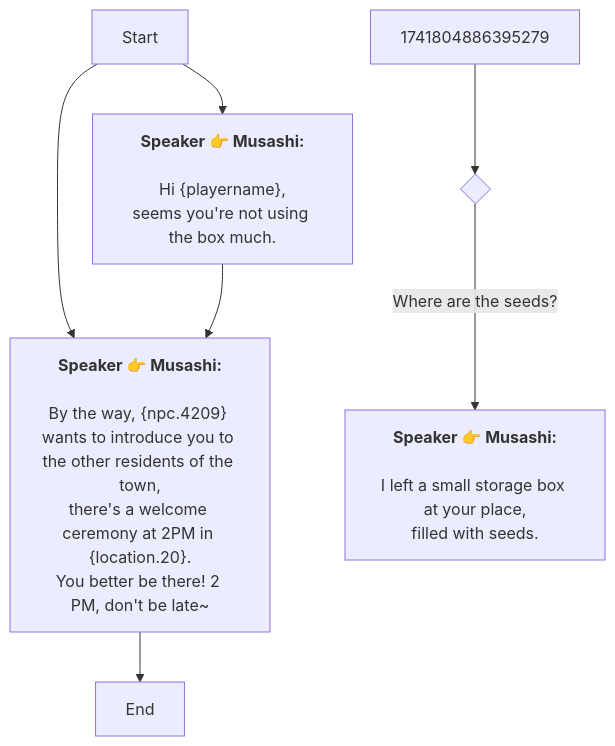
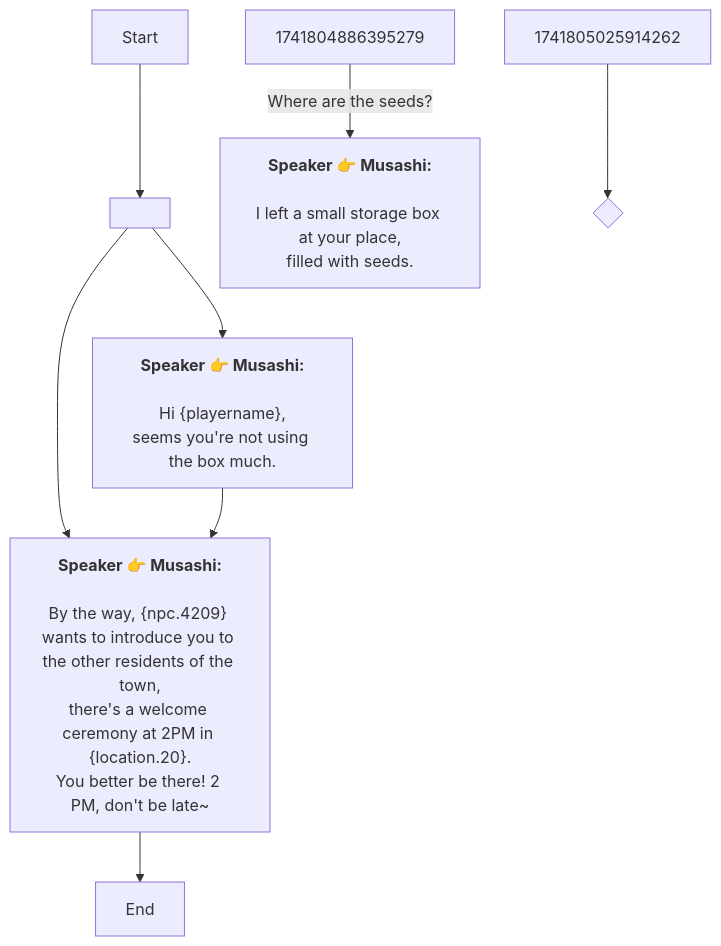
Before and after one commit to SoftHu/tos_avg: the diagram in En/QuestStartTalkENode_1741804807948684.md, drawn with Mermaid. The commit also changed 737 other files, not shown here.

````diff
--- a/En/QuestStartTalkENode_1741804807948684.md
+++ b/En/QuestStartTalkENode_1741804807948684.md
@@ -1,24 +1,19 @@
 ```mermaid
 graph
-Start -->1763771107802819[<b>Speaker 👉 Musashi:</b>
+Start -->1762595293475517[ ]
+1762595293475517 -->1763771107802819[<b>Speaker 👉 Musashi:</b>
+\nHi &lbrace;playername&rbrace;,
+seems you're not using the box much.]
+1762595293475517 -->1741805123273116[<b>Speaker 👉 Musashi:</b>
+\nBy the way, &lbrace;npc.4209&rbrace; wants to introduce you to the other residents of the town,
+there's a welcome ceremony at 2PM in &lbrace;location.20&rbrace;.\nYou better be there! 2 PM, don't be late~]
+1763771107802819 -->1741805123273116[<b>Speaker 👉 Musashi:</b>
+\nBy the way, &lbrace;npc.4209&rbrace; wants to introduce you to the other residents of the town,
+there's a welcome ceremony at 2PM in &lbrace;location.20&rbrace;.\nYou better be there! 2 PM, don't be late~]
+1741805123273116 -->1741805387044261[End]
+1741804886395279 -->|Where are the seeds?|1741804982096277[<b>Speaker 👉 Musashi:</b>
+\nI left a small storage box at your place,
+filled with seeds.]
+1741805025914262 -->1741805099132311{ }
 
-Hi &lbrace;playername&rbrace;,
-seems you're not using the box much.]
-Start -->1741805123273116[<b>Speaker 👉 Musashi:</b>
-
-By the way, &lbrace;npc.4209&rbrace; wants to introduce you to the other residents of the town,
-there's a welcome ceremony at 2PM in &lbrace;location.20&rbrace;.
-You better be there! 2 PM, don't be late~]
-1763771107802819 -->1741805123273116[<b>Speaker 👉 Musashi:</b>
-
-By the way, &lbrace;npc.4209&rbrace; wants to introduce you to the other residents of the town,
-there's a welcome ceremony at 2PM in &lbrace;location.20&rbrace;.
-You better be there! 2 PM, don't be late~]
-1741805123273116 -->1741805387044261[End]
-1741804886395279 -->1741804968039824{ }
-1741804968039824 -->|Where are the seeds?|1741804982096277[<b>Speaker 👉 Musashi:</b>
-
-I left a small storage box at your place,
-filled with seeds.]
-
- ```
+```
````
